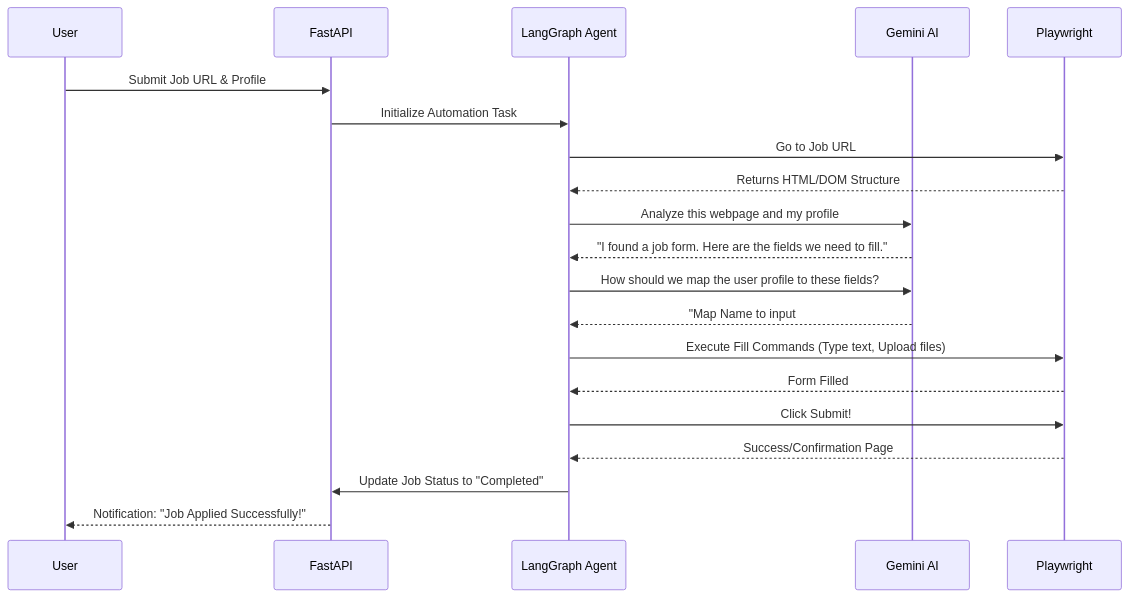
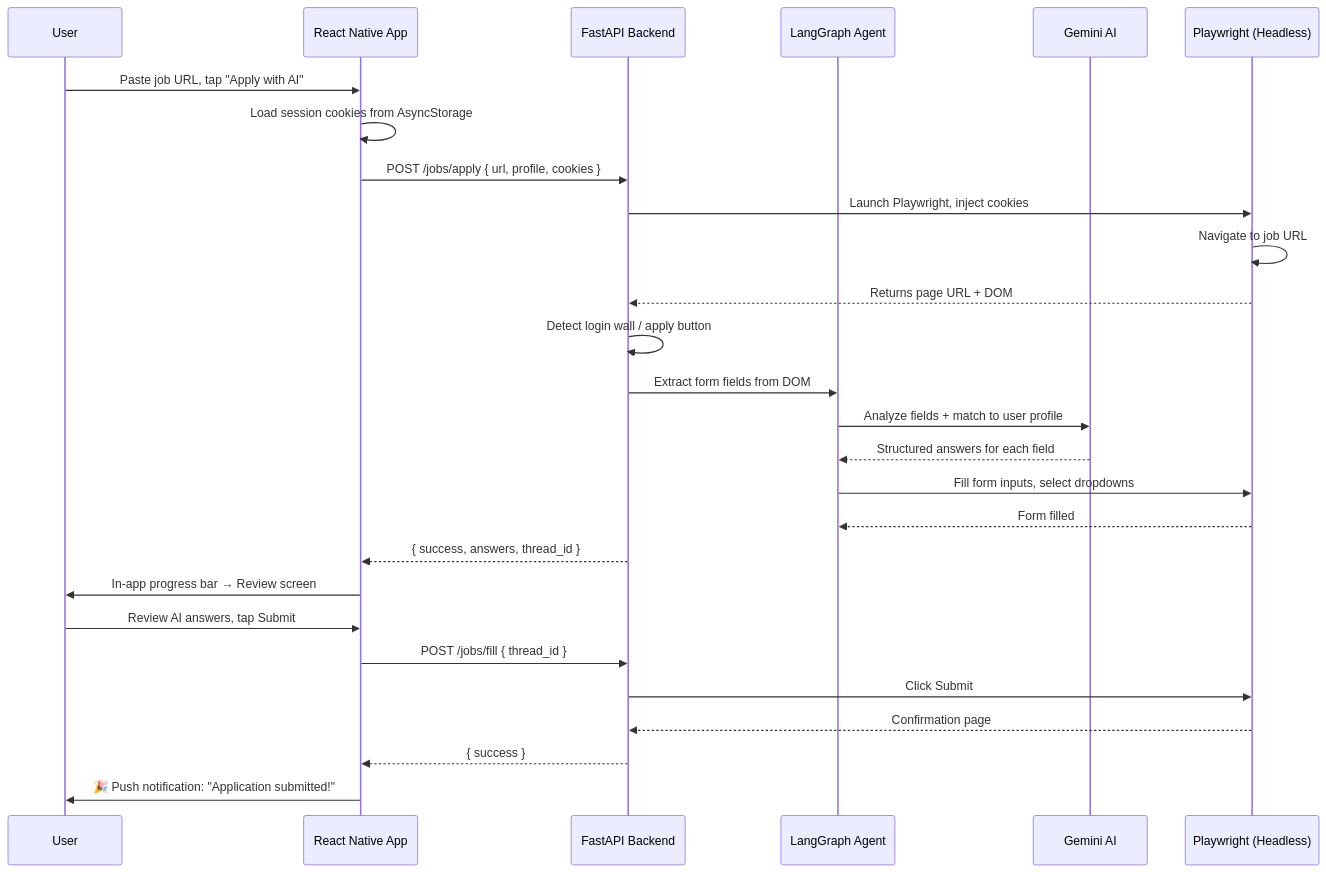
The second of 2 diagrams in README.md (DevInvincible/AutoFill-App), drawn with Mermaid before and after one commit. The commit also changed other lines of this file, not shown here.

Commit message:
docs: comprehensive README with all challenges, solutions, architecture, and setup

````diff
--- a/README.md
+++ b/README.md
@@ -47,29 +50,30 @@
 ```mermaid
 sequenceDiagram
     participant User
-    participant Backend as FastAPI
+    participant App as React Native App
+    participant API as FastAPI Backend
     participant Agent as LangGraph Agent
     participant AI as Gemini AI
-    participant Browser as Playwright
+    participant Browser as Playwright (Headless)
 
-    User->>Backend: Submit Job URL & Profile
-    Backend->>Agent: Initialize Automation Task
-    
-    Agent->>Browser: Go to Job URL
-    Browser-->>Agent: Returns HTML/DOM Structure
-    
-    Agent->>AI: Analyze this webpage and my profile
-    AI-->>Agent: "I found a job form. Here are the fields we need to fill."
-    
-    Agent->>AI: How should we map the user profile to these fields?
-    AI-->>Agent: "Map Name to input#1, Resume to input#2, etc."
-    
-    Agent->>Browser: Execute Fill Commands (Type text, Upload files)
-    Browser-->>Agent: Form Filled
-    
-    Agent->>Browser: Click Submit!
-    Browser-->>Agent: Success/Confirmation Page
-    
-    Agent->>Backend: Update Job Status to "Completed"
-    Backend-->>User: Notification: "Job Applied Successfully!"
+    User->>App: Paste job URL, tap "Apply with AI"
+    App->>App: Load session cookies from AsyncStorage
+    App->>API: POST /jobs/apply { url, profile, cookies }
+    API->>Browser: Launch Playwright, inject cookies
+    Browser->>Browser: Navigate to job URL
+    Browser-->>API: Returns page URL + DOM
+    API->>API: Detect login wall / apply button
+    API->>Agent: Extract form fields from DOM
+    Agent->>AI: Analyze fields + match to user profile
+    AI-->>Agent: Structured answers for each field
+    Agent->>Browser: Fill form inputs, select dropdowns
+    Browser-->>Agent: Form filled
+    API-->>App: { success, answers, thread_id }
+    App->>User: In-app progress bar → Review screen
+    User->>App: Review AI answers, tap Submit
+    App->>API: POST /jobs/fill { thread_id }
+    API->>Browser: Click Submit
+    Browser-->>API: Confirmation page
+    API-->>App: { success }
+    App->>User: 🎉 Push notification: "Application submitted!"
 ```
````
